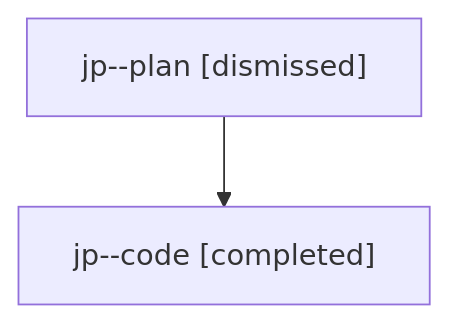
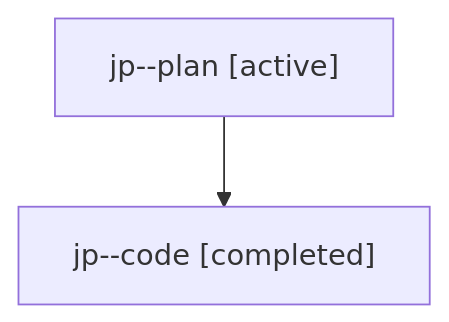
The diagram in families/bbugyi200.athena.jp.md (sase-org/sase--agents), drawn with Mermaid before and after one commit. The commit also changed other lines of this file and 8679 other files, not shown here.

````diff
--- a/families/bbugyi200.athena.jp.md
+++ b/families/bbugyi200.athena.jp.md
@@ -9,6 +9,6 @@
 ```mermaid
 flowchart TD
-  n0["jp--plan [dismissed]"]
+  n0["jp--plan [active]"]
   n1["jp--code [completed]"]
   n0 --> n1
 ```
````
